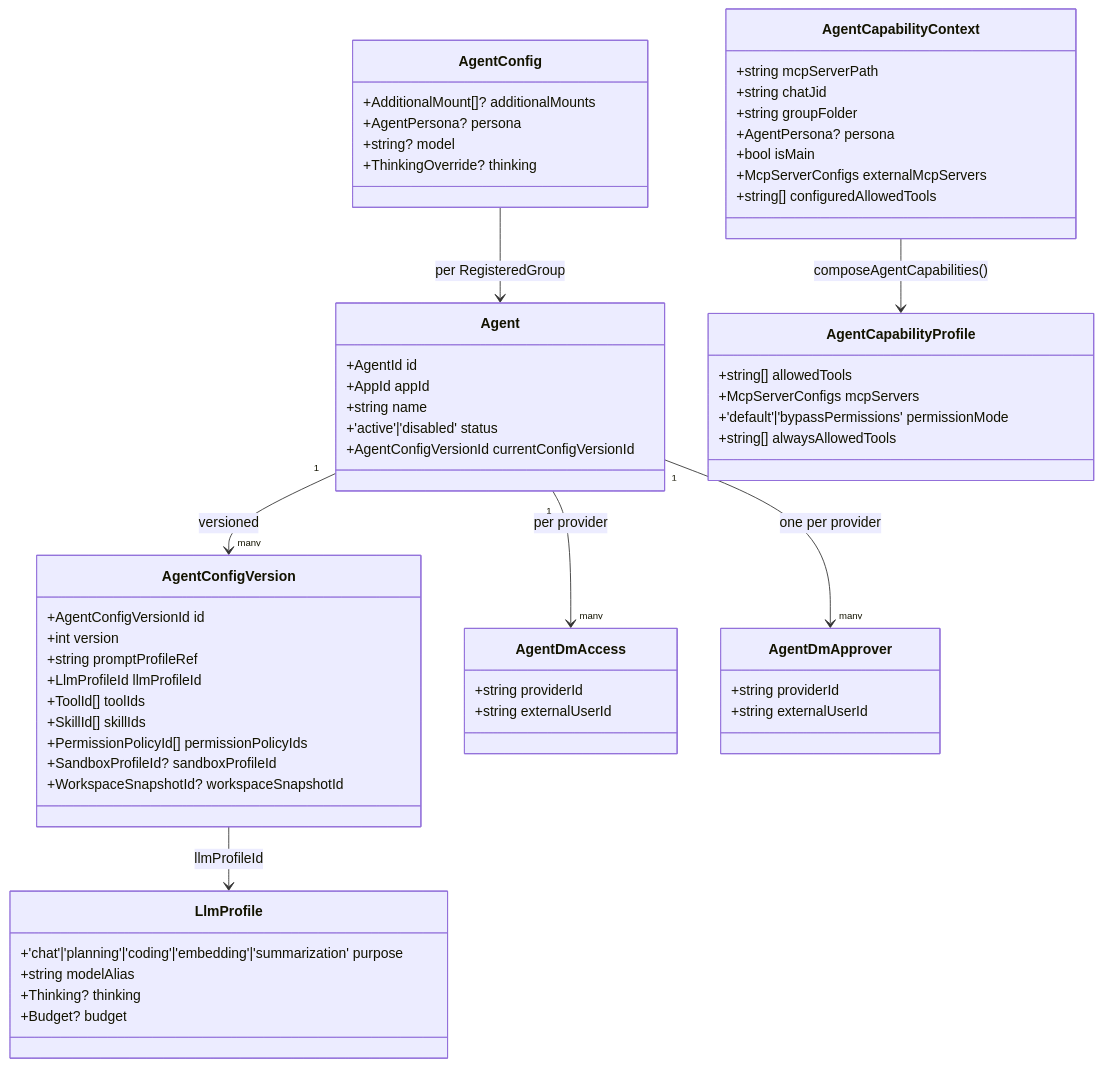
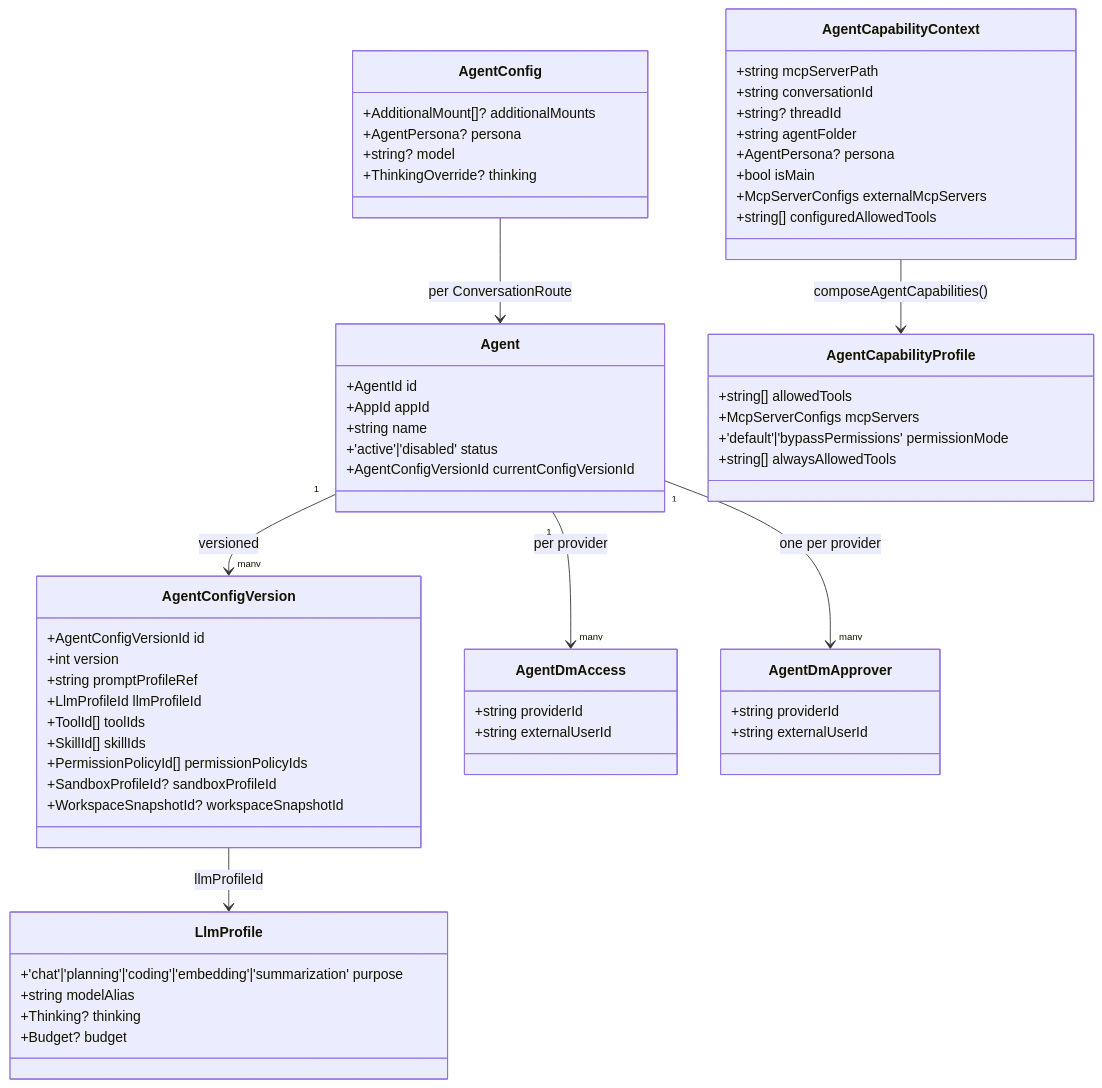
Before and after one commit to knacklabs/gantry: the second of 2 diagrams in docs/architecture/agent-runtime.md, drawn with Mermaid. The commit also changed 209 other files, not shown here.

````diff
--- a/docs/architecture/agent-runtime.md
+++ b/docs/architecture/agent-runtime.md
@@ -82,63 +82,64 @@
 ```mermaid
 classDiagram
   class Agent {
     +AgentId id
     +AppId appId
     +string name
     +'active'|'disabled' status
     +AgentConfigVersionId currentConfigVersionId
   }
   class AgentConfigVersion {
     +AgentConfigVersionId id
     +int version
     +string promptProfileRef
     +LlmProfileId llmProfileId
     +ToolId[] toolIds
     +SkillId[] skillIds
     +PermissionPolicyId[] permissionPolicyIds
     +SandboxProfileId? sandboxProfileId
     +WorkspaceSnapshotId? workspaceSnapshotId
   }
   class LlmProfile {
     +'chat'|'planning'|'coding'|'embedding'|'summarization' purpose
     +string modelAlias
     +Thinking? thinking
     +Budget? budget
   }
   class AgentDmAccess {
     +string providerId
     +string externalUserId
   }
   class AgentDmApprover {
     +string providerId
     +string externalUserId
   }
   class AgentConfig {
     +AdditionalMount[]? additionalMounts
     +AgentPersona? persona
     +string? model
     +ThinkingOverride? thinking
   }
   class AgentCapabilityContext {
     +string mcpServerPath
-    +string chatJid
-    +string groupFolder
+    +string conversationId
+    +string? threadId
+    +string agentFolder
     +AgentPersona? persona
     +bool isMain
     +McpServerConfigs externalMcpServers
     +string[] configuredAllowedTools
   }
   class AgentCapabilityProfile {
     +string[] allowedTools
     +McpServerConfigs mcpServers
     +'default'|'bypassPermissions' permissionMode
     +string[] alwaysAllowedTools
   }
 
   Agent "1" --> "many" AgentConfigVersion : versioned
   AgentConfigVersion --> LlmProfile : llmProfileId
   Agent "1" --> "many" AgentDmAccess : per provider
   Agent "1" --> "many" AgentDmApprover : one per provider
-  AgentConfig --> Agent : per RegisteredGroup
+  AgentConfig --> Agent : per ConversationRoute
   AgentCapabilityContext --> AgentCapabilityProfile : composeAgentCapabilities()
 ```
````
